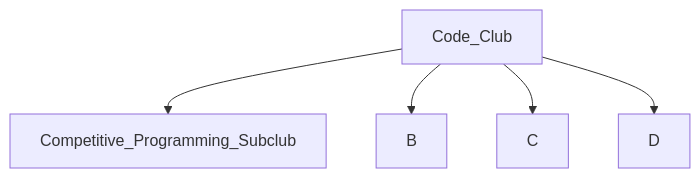
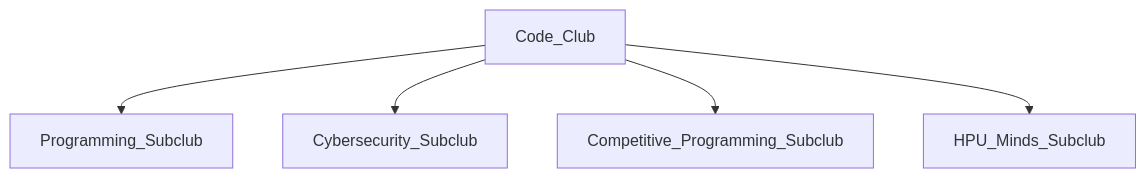
The diagram in plans.md (EthanC2/code-club), drawn with Mermaid before and after one commit.

````diff
--- a/plans.md
+++ b/plans.md
@@ -15,7 +15,7 @@
 ```mermaid
 graph TD;
+    Code_Club-->Programming_Subclub;
+    Code_Club-->Cybersecurity_Subclub;
     Code_Club-->Competitive_Programming_Subclub;
-    Code_Club-->B;
-    Code_Club-->C;
-    Code_Club-->D;
+    Code_Club-->HPU_Minds_Subclub;
 ```
````
